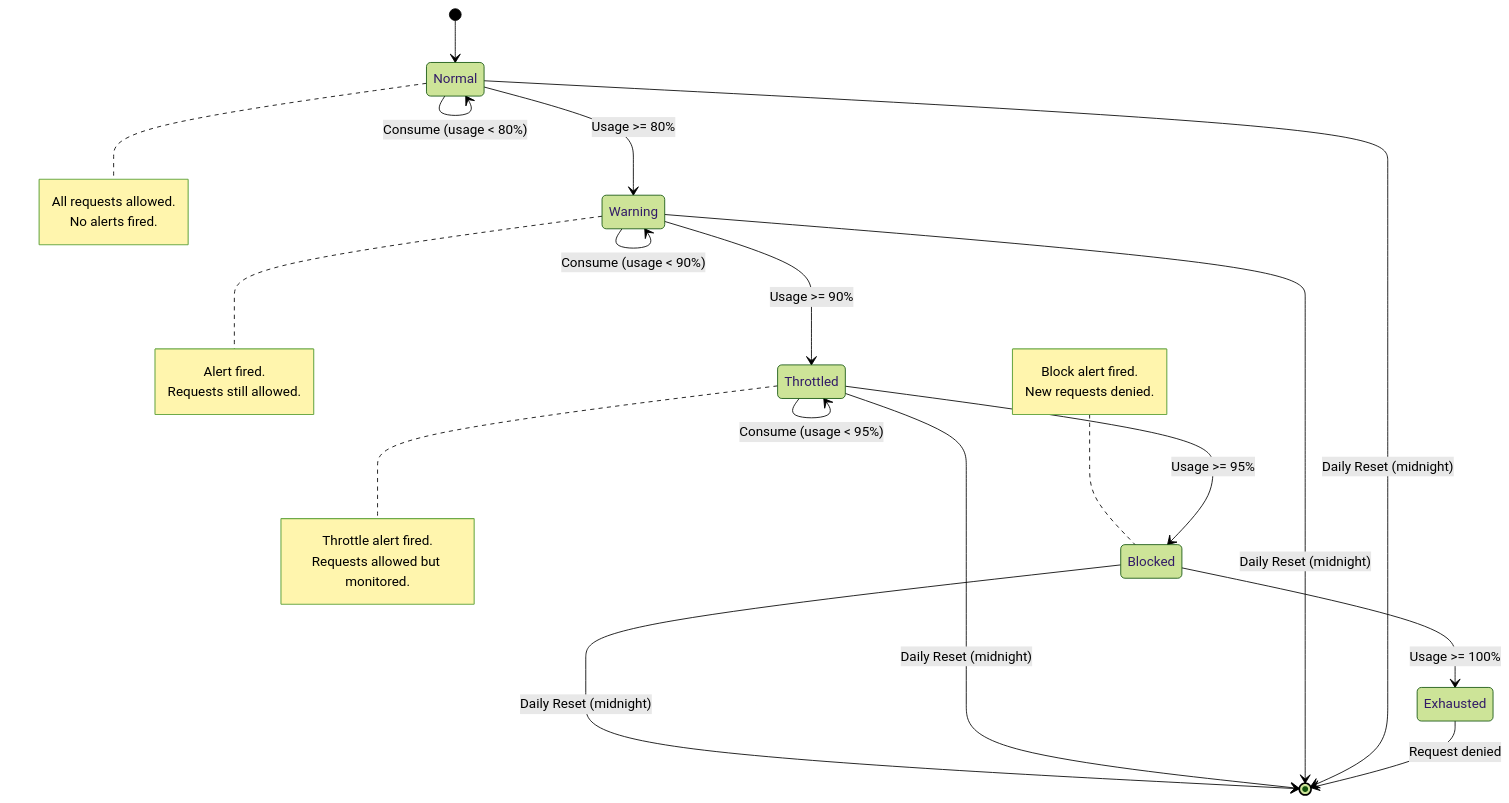
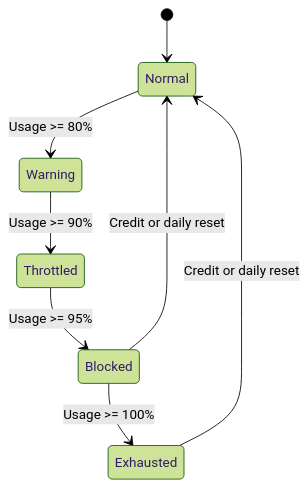
Before and after one commit to himanshupalerwal/salesforce-agent-governance: the third of 3 diagrams in README.md, drawn with Mermaid (forest theme). The commit also changed other lines of this file and 19 other files, not shown here.

````diff
--- a/README.md
+++ b/README.md
@@ -738,42 +675,12 @@
 ```mermaid
 stateDiagram-v2
     [*] --> Normal
 
-    Normal --> Normal : Consume (usage < 80%)
     Normal --> Warning : Usage >= 80%
-
-    Warning --> Warning : Consume (usage < 90%)
     Warning --> Throttled : Usage >= 90%
-
-    Throttled --> Throttled : Consume (usage < 95%)
     Throttled --> Blocked : Usage >= 95%
-
     Blocked --> Exhausted : Usage >= 100%
 
-    Exhausted --> [*] : Request denied
-
-    Normal --> [*] : Daily Reset (midnight)
-    Warning --> [*] : Daily Reset (midnight)
-    Throttled --> [*] : Daily Reset (midnight)
-    Blocked --> [*] : Daily Reset (midnight)
-
-    note right of Normal
-        All requests allowed.
-        No alerts fired.
-    end note
-
-    note right of Warning
-        Alert fired.
-        Requests still allowed.
-    end note
-
-    note right of Throttled
-        Throttle alert fired.
-        Requests allowed but monitored.
-    end note
-
-    note left of Blocked
-        Block alert fired.
-        New requests denied.
-    end note
+    Blocked --> Normal : Credit or daily reset
+    Exhausted --> Normal : Credit or daily reset
 ```
````
